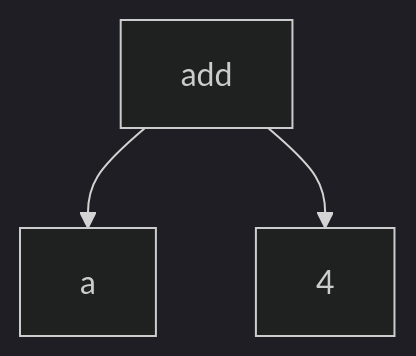
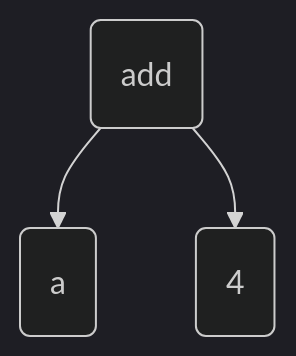
Before and after one commit to pengvyn/kavpix-code: diagram 14 of 35 in src/essays/number-tree/essay.md, drawn with Mermaid (dark theme). The commit also changed other lines of this file and 1 other file, not shown here.

````diff
--- a/src/essays/number-tree/essay.md
+++ b/src/essays/number-tree/essay.md
@@ -136,5 +138,5 @@
 ```mermaid
     graph TD;
-        add --> a;
-        add --> 4;
+        add(add) --> a(a);
+        add --> 4(4);
 ```
````
